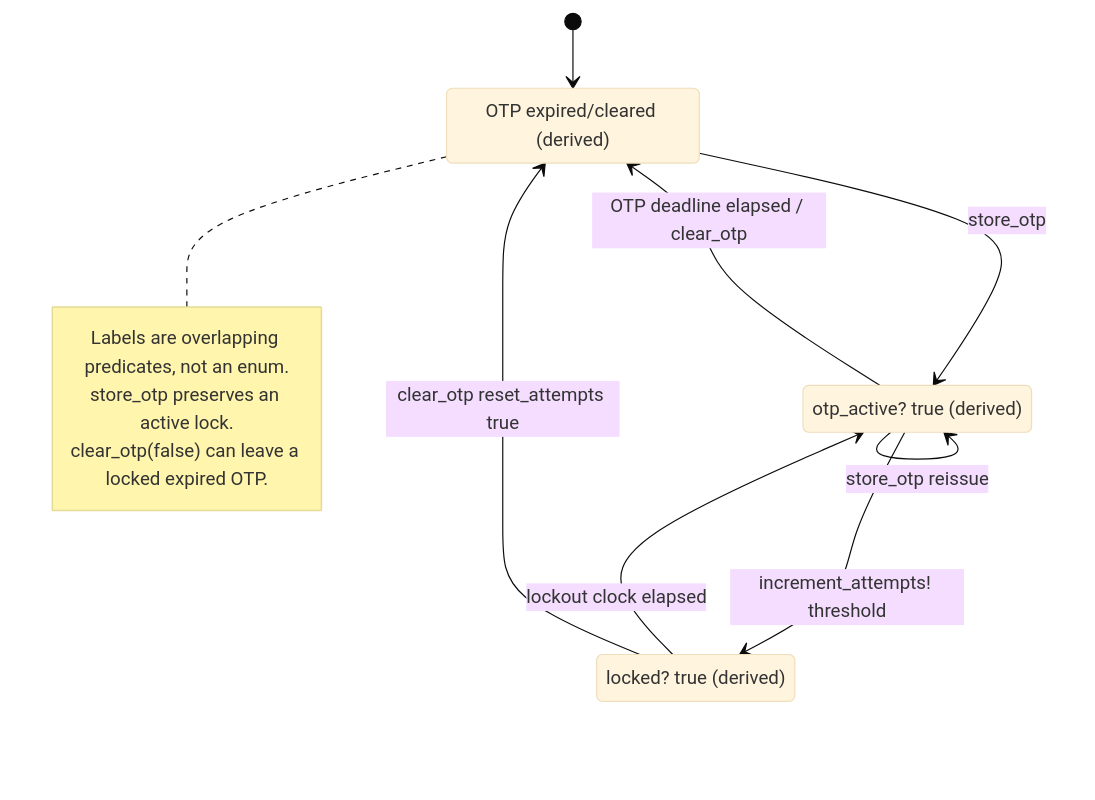
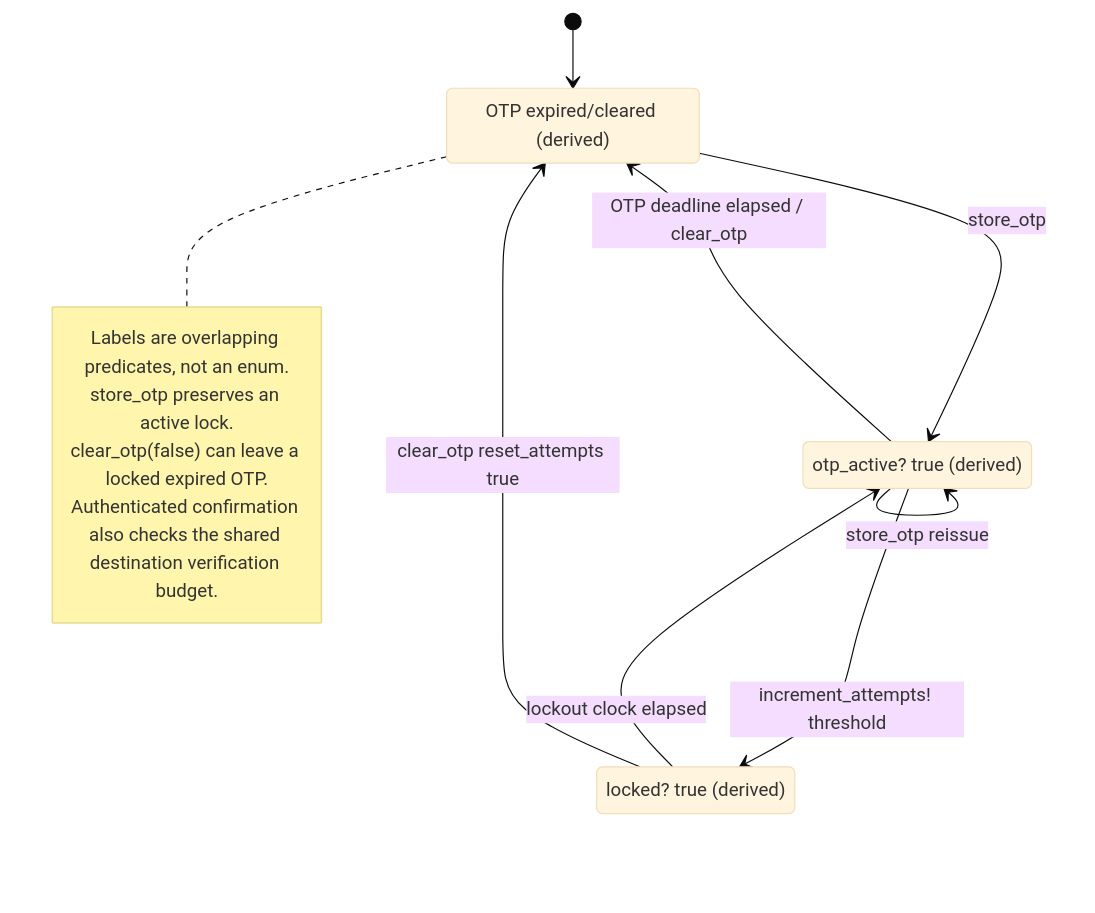
The diagram in docs/mermaid/idp-operator-email-otp.mmd (seahal/umaxica-apps-jit-global), drawn with Mermaid (base theme) before and after one commit. The commit also changed 750 other files, not shown here.

```diff
--- a/docs/mermaid/idp-operator-email-otp.mmd
+++ b/docs/mermaid/idp-operator-email-otp.mmd
@@ -1,17 +1,18 @@
 stateDiagram-v2
     %% CURRENT implementation; sources and guards in transition inventory.
     state "OTP expired/cleared (derived)" as inactive
     state "otp_active? true (derived)" as active
     state "locked? true (derived)" as locked
     [*] --> inactive
     inactive --> active: store_otp
     active --> active: store_otp reissue
     active --> locked: increment_attempts! threshold
     locked --> active: lockout clock elapsed
     active --> inactive: OTP deadline elapsed / clear_otp
     locked --> inactive: clear_otp reset_attempts true
     note right of inactive
         Labels are overlapping predicates, not an enum.
         store_otp preserves an active lock.
         clear_otp(false) can leave a locked expired OTP.
+        Authenticated confirmation also checks the shared destination verification budget.
     end note
```
